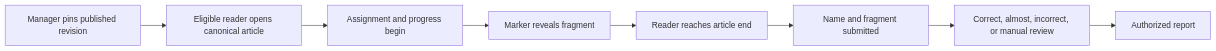
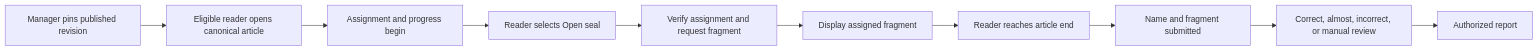
The second of 4 diagrams in docs/kingshot-events/knowledge-hub/reading-sessions.md (cristianrusu777/Kingshot-Events-Tracker-DOCS), drawn with Mermaid before and after one commit. The commit also changed other lines of this file and 72 other files, not shown here.

````diff
--- a/docs/kingshot-events/knowledge-hub/reading-sessions.md
+++ b/docs/kingshot-events/knowledge-hub/reading-sessions.md
@@ -48,10 +52,12 @@
 ```mermaid
 flowchart LR
  A["Manager pins published revision"] --> B["Eligible reader opens canonical article"]
  B --> C["Assignment and progress begin"]
- C --> D["Marker reveals fragment"]
- D --> E["Reader reaches article end"]
+ C --> D["Reader selects Open seal"]
+ D --> V["Verify assignment and request fragment"]
+ V --> X["Display assigned fragment"]
+ X --> E["Reader reaches article end"]
  E --> F["Name and fragment submitted"]
  F --> G["Correct, almost, incorrect, or manual review"]
  G --> H["Authorized report"]
 ```
````
